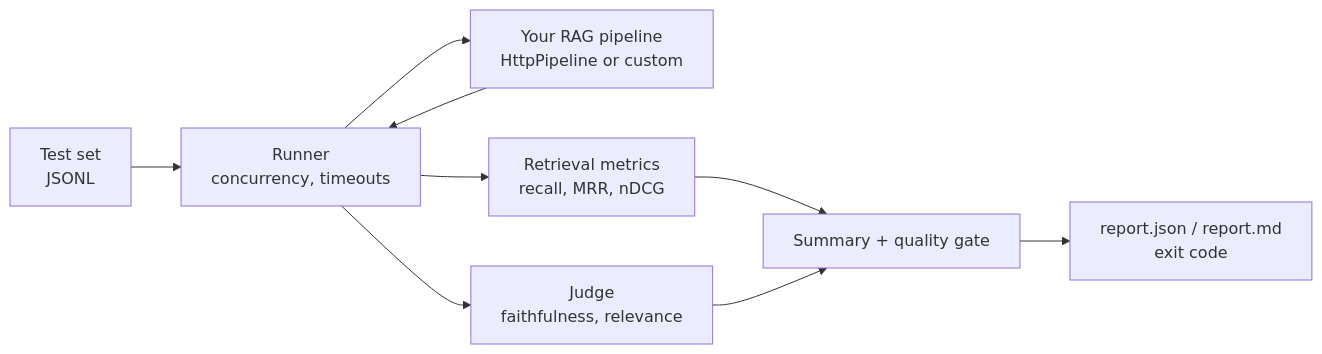
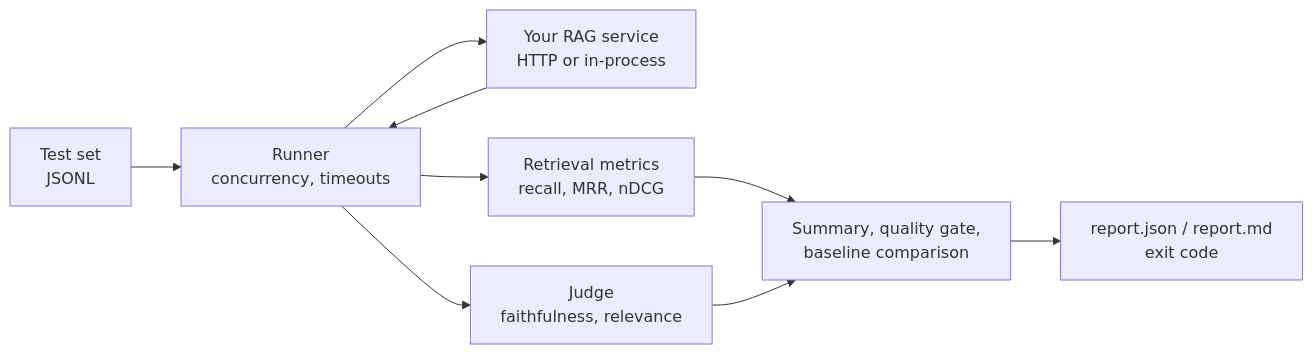
The diagram in README.md (Toxxxu/ragprobe), drawn with Mermaid before and after one commit. The commit also changed other lines of this file and 27 other files, not shown here.

````diff
--- a/README.md
+++ b/README.md
@@ -65,11 +178,11 @@
 ```mermaid
 flowchart LR
   D[Test set<br/>JSONL] --> R[Runner<br/>concurrency, timeouts]
-  R --> P[Your RAG pipeline<br/>HttpPipeline or custom]
+  R --> P[Your RAG service<br/>HTTP or in-process]
   P --> R
   R --> M[Retrieval metrics<br/>recall, MRR, nDCG]
   R --> J[Judge<br/>faithfulness, relevance]
-  M --> S[Summary + quality gate]
+  M --> S[Summary, quality gate,<br/>baseline comparison]
   J --> S
   S --> O[report.json / report.md<br/>exit code]
 ```
````
